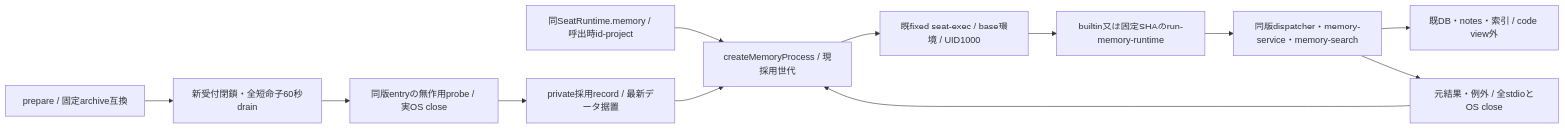
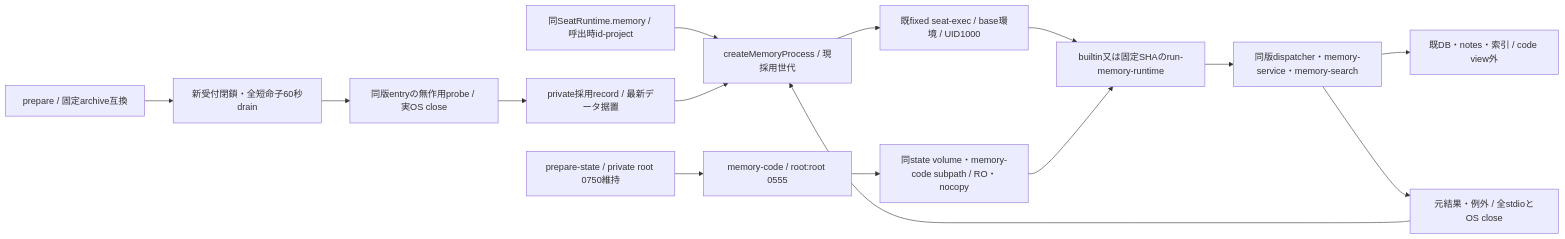
One commit to kitepon/BellTeam changed the diagram in docs/architecture/modules/runtime/memory-process.md. Above: the diagram before and after it, drawn with Mermaid. The commit also changed other lines of this file and 4 other files, not shown here.

Commit message:
Prepare the readonly memory code subpath on existing state volumes

````diff
--- a/docs/architecture/modules/runtime/memory-process.md
+++ b/docs/architecture/modules/runtime/memory-process.md
@@ -5,14 +5,17 @@
 ```mermaid
 flowchart LR
   Facade[同SeatRuntime.memory / 呼出時id-project] --> Parent[createMemoryProcess / 現採用世代]
   Parent --> Seat[既fixed seat-exec / base環境 / UID1000]
   Seat --> Entry[builtin又は固定SHAのrun-memory-runtime]
   Entry --> Business[同版dispatcher・memory-service・memory-search]
   Business --> Data[既DB・notes・索引 / code view外]
   Business --> Close[元結果・例外 / 全stdioとOS close]
   Close --> Parent
   Update[prepare / 固定archive互換] --> Drain[新受付閉鎖・全短命子60秒drain]
+  Prepare[prepare-state / private root 0750維持] --> CodeRoot[memory-code / root:root 0555]
+  CodeRoot --> View[同state volume・memory-code subpath / RO・nocopy]
+  View --> Entry
   Drain --> Restore[同版entryの無作用probe / 実OS close]
   Restore --> Adoption[private採用record / 最新データ据置]
   Adoption --> Parent
 ```
````
